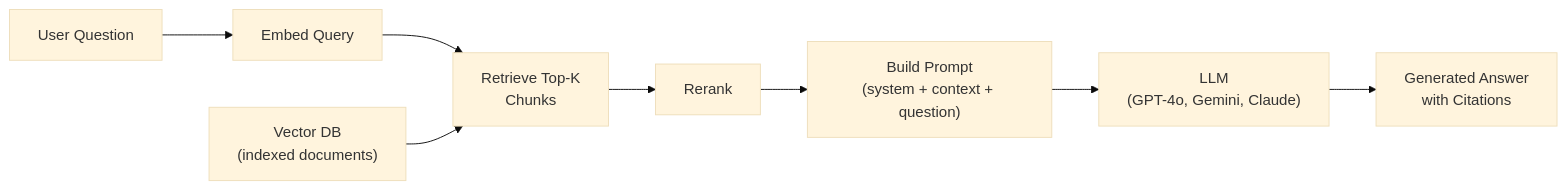
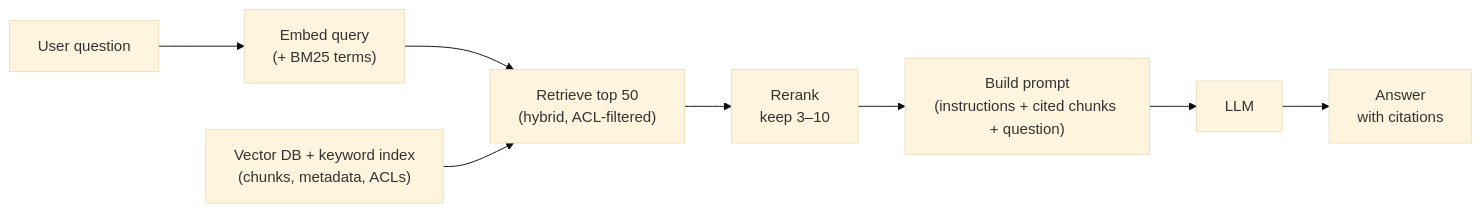
Before and after one commit to Hmago/ml4: the fourth of 4 diagrams in content/28_semantic_search.md, drawn with Mermaid (base theme). The commit also changed other lines of this file and 96 other files, not shown here.

````diff
--- a/content/28_semantic_search.md
+++ b/content/28_semantic_search.md
@@ -1048,11 +1373,10 @@
 ```mermaid
 flowchart LR
-    Q["User Question"] --> E["Embed Query"]
-    E --> R["Retrieve Top-K\nChunks"]
-    R --> RE["Rerank"]
-    RE --> P["Build Prompt\n(system + context + question)"]
-    P --> LLM["LLM\n(GPT-4o, Gemini, Claude)"]
-    LLM --> A["Generated Answer\nwith Citations"]
-
-    DB["Vector DB\n(indexed documents)"] --> R
+    Q["User question"] --> E["Embed query<br/>(+ BM25 terms)"]
+    E --> R["Retrieve top 50<br/>(hybrid, ACL-filtered)"]
+    DB["Vector DB + keyword index<br/>(chunks, metadata, ACLs)"] --> R
+    R --> RE["Rerank<br/>keep 3–10"]
+    RE --> P["Build prompt<br/>(instructions + cited chunks + question)"]
+    P --> LLM["LLM"]
+    LLM --> A["Answer<br/>with citations"]
 ```
````
